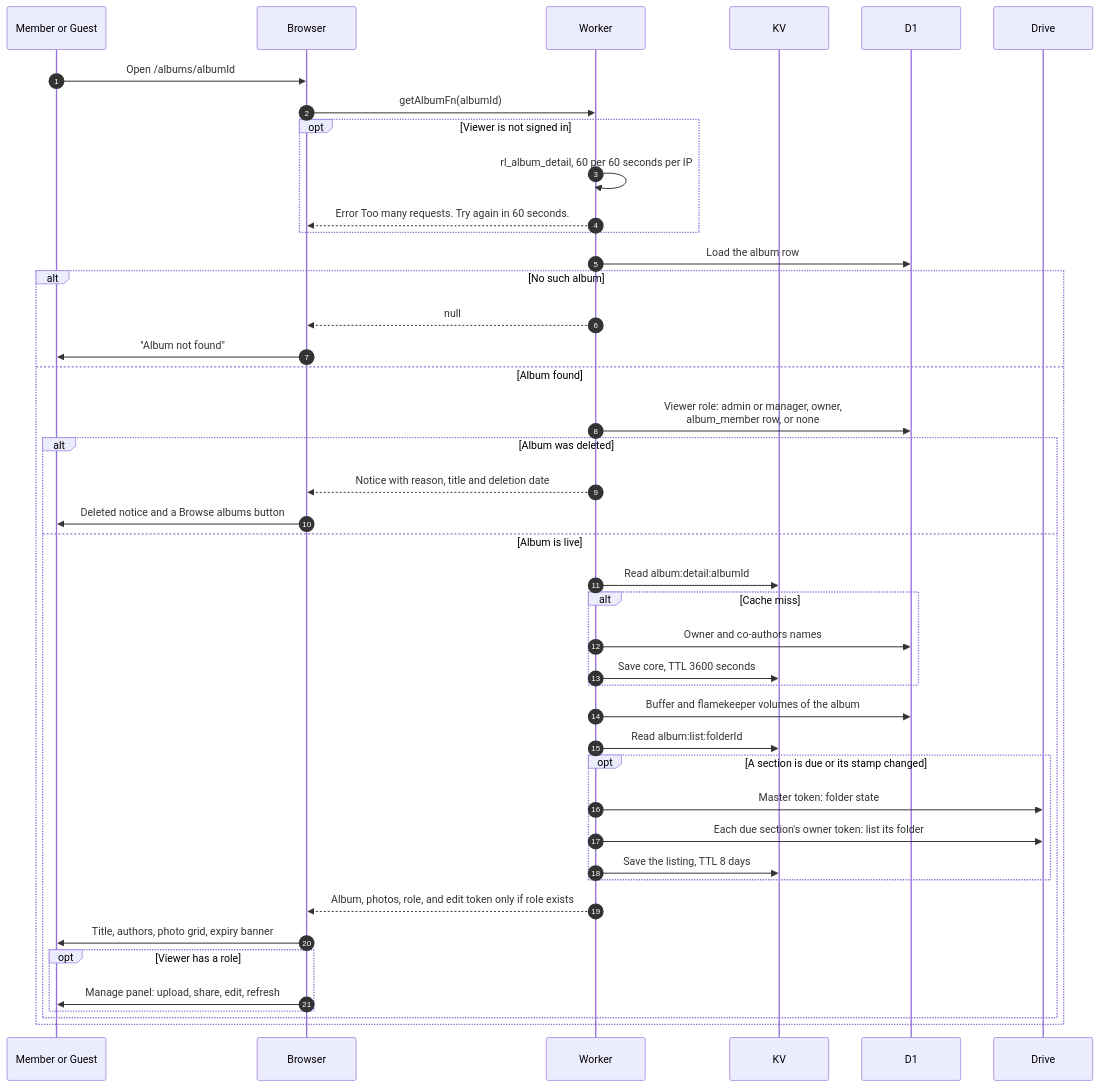
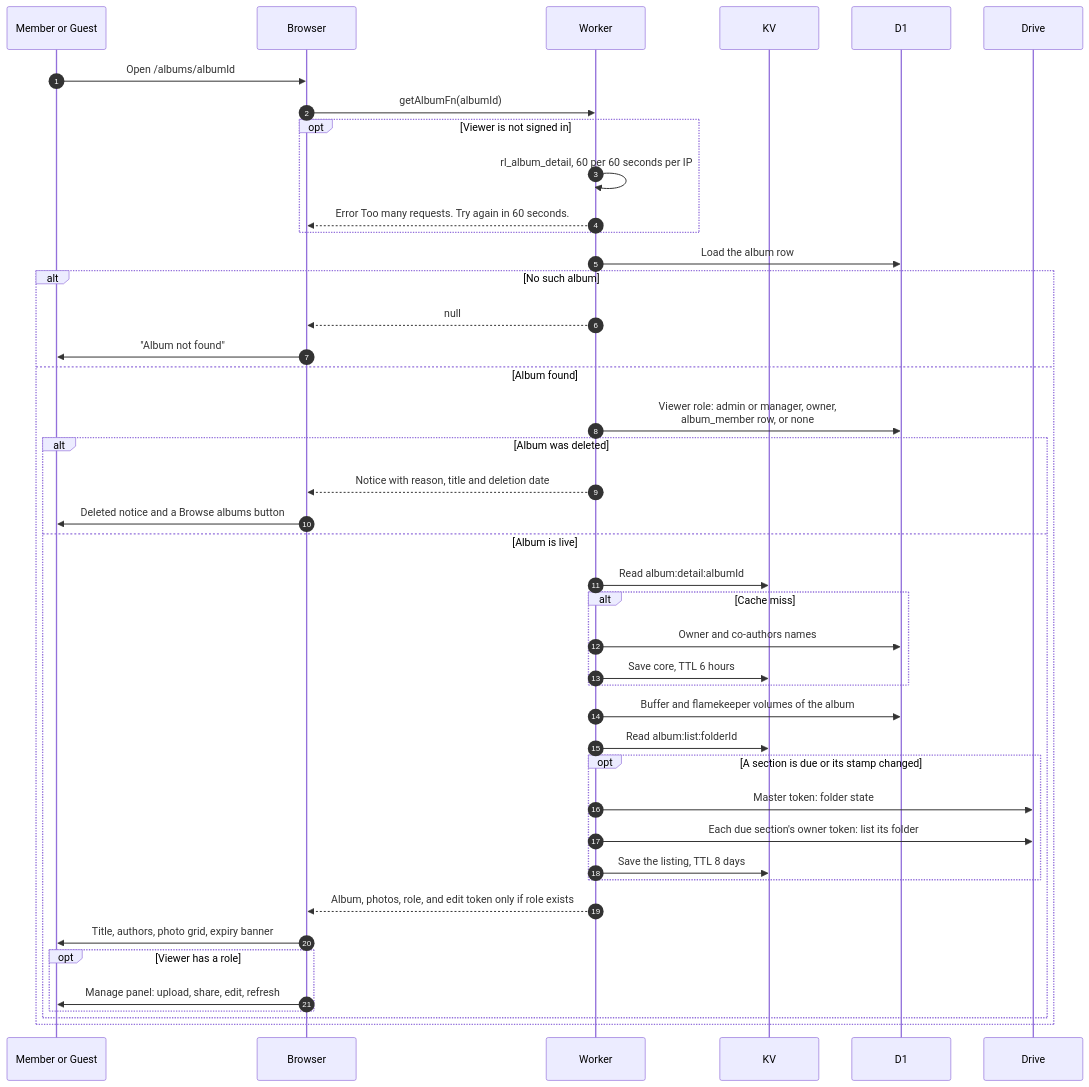
The diagram in docs/scenarios/albums/view-album.md (sagyzdop/meriksirat), drawn with Mermaid before and after one commit. The commit also changed other lines of this file and 18 other files, not shown here.

````diff
--- a/docs/scenarios/albums/view-album.md
+++ b/docs/scenarios/albums/view-album.md
@@ -18,45 +18,45 @@
 ```mermaid
 sequenceDiagram
     autonumber
     participant U as Member or Guest
     participant B as Browser
     participant W as Worker
     participant K as KV
     participant D as D1
     participant G as Drive
     U->>B: Open /albums/albumId
     B->>W: getAlbumFn(albumId)
     opt Viewer is not signed in
         W->>W: rl_album_detail, 60 per 60 seconds per IP
         W-->>B: Error Too many requests. Try again in 60 seconds.
     end
     W->>D: Load the album row
     alt No such album
         W-->>B: null
         B->>U: "Album not found"
     else Album found
         W->>D: Viewer role: admin or manager, owner,<br/>album_member row, or none
         alt Album was deleted
             W-->>B: Notice with reason, title and deletion date
             B->>U: Deleted notice and a Browse albums button
         else Album is live
             W->>K: Read album:detail:albumId
             alt Cache miss
                 W->>D: Owner and co-authors names
-                W->>K: Save core, TTL 3600 seconds
+                W->>K: Save core, TTL 6 hours
             end
             W->>D: Buffer and flamekeeper volumes of the album
             W->>K: Read album:list:folderId
             opt A section is due or its stamp changed
                 W->>G: Master token: folder state
                 W->>G: Each due section's owner token: list its folder
                 W->>K: Save the listing, TTL 8 days
             end
             W-->>B: Album, photos, role, and edit token only if role exists
             B->>U: Title, authors, photo grid, expiry banner
             opt Viewer has a role
                 B->>U: Manage panel: upload, share, edit, refresh
             end
         end
     end
 ```
````
